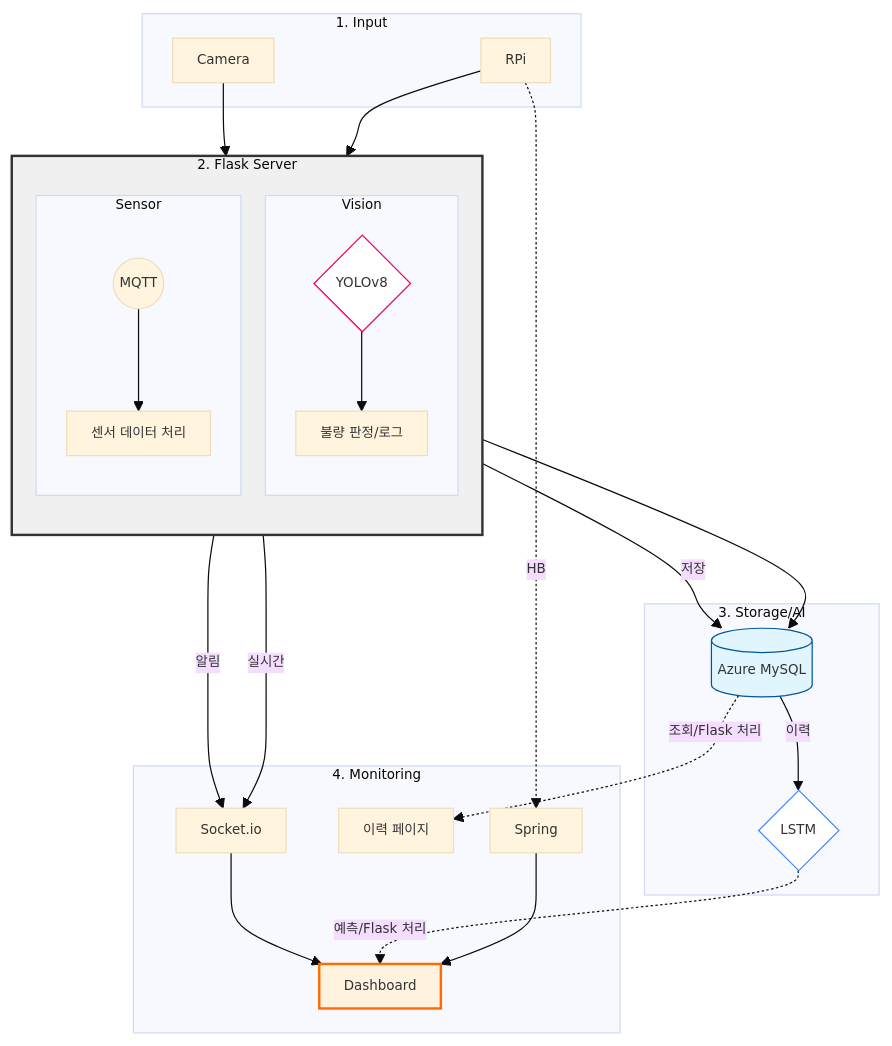
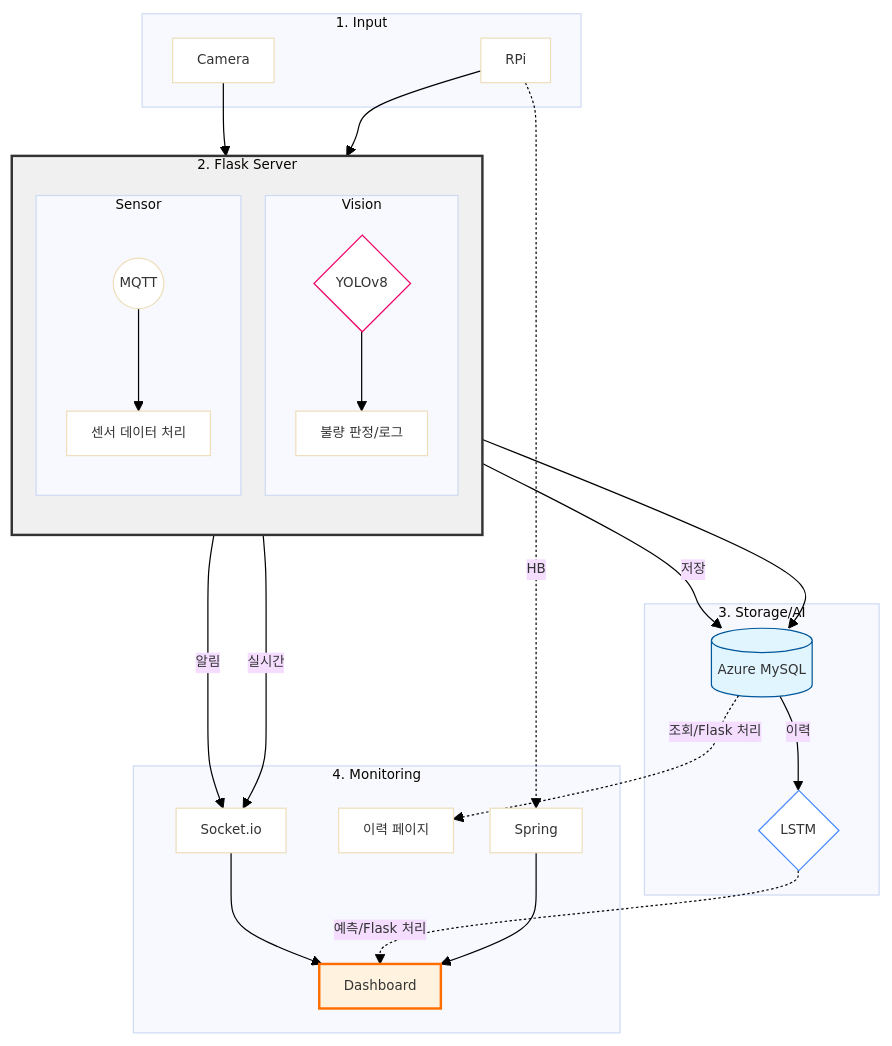
The diagram in README.md (betterproject-dev/spider_front), drawn with Mermaid before and after one commit.

Commit message:
Modify Mermaid diagram theme in README.md
Updated Mermaid diagram theme variables for better visibility.

````diff
--- a/README.md
+++ b/README.md
@@ -100,50 +100,50 @@
 ```mermaid
-%%{init: {'theme':'base', 'themeVariables': {'fontSize':'11px'}, 'flowchart': {'nodeSpacing': 30, 'rankSpacing': 40, 'padding': 10}}}%%
+%%{init: {'theme':'base', 'themeVariables': {'fontSize':'11px', 'mainBkg': '#ffffff', 'canvasBkg': '#ffffff', 'background': '#ffffff'}, 'flowchart': {'nodeSpacing': 30, 'rankSpacing': 40, 'padding': 10}}}%%
 graph TD
     %% 1. Data Collection
     subgraph IN ["1. Input"]
         CAM[Camera]
         RPi[RPi]
     end
     %% 2. Central Controller (Flask)
     subgraph CC ["2. Flask Server"]
         direction TB
         subgraph VP ["Vision"]
             YOLO{"YOLOv8"} --> YL[불량 판정/로그]
         end
         subgraph SP ["Sensor"]
             MQ((MQTT)) --> SPc[센서 데이터 처리]
         end
     end
     %% 3. Storage & AI
     subgraph ST ["3. Storage/AI"]
         DB[(Azure MySQL)]
         LSTM{"LSTM"}
     end
     %% 4. Monitoring
     subgraph MN ["4. Monitoring"]
         SIO[Socket.io]
         UI[Dashboard]
         UL[이력 페이지]
         SB[Spring]
     end
     %% Flow
     CAM --> YOLO
     YL -->|알림| SIO
     YL -->|저장| DB
     SIO --> UI
     RPi --> MQ
     SPc --> DB
     SPc -->|실시간| SIO
     DB -->|이력| LSTM
     LSTM -.->|예측/Flask 처리| UI
     DB -.->|조회/Flask 처리| UL
     RPi -.->|HB| SB
     SB --> UI
     %% 스타일링
     style CC fill:#f0f0f0,stroke:#333,stroke-width:2px
     style YOLO fill:#fff,stroke:#e06,stroke-width:1px
     style LSTM fill:#fff,stroke:#448aff,stroke-width:1px
     style DB fill:#e1f5fe,stroke:#01579b
     style UI fill:#fff3e0,stroke:#ff6d00,stroke-width:2px
 ```
````
